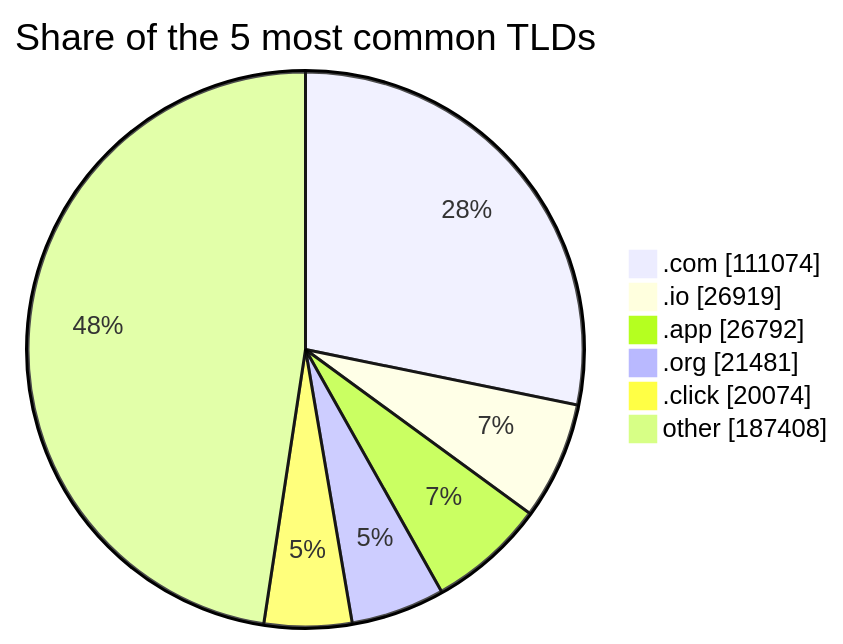
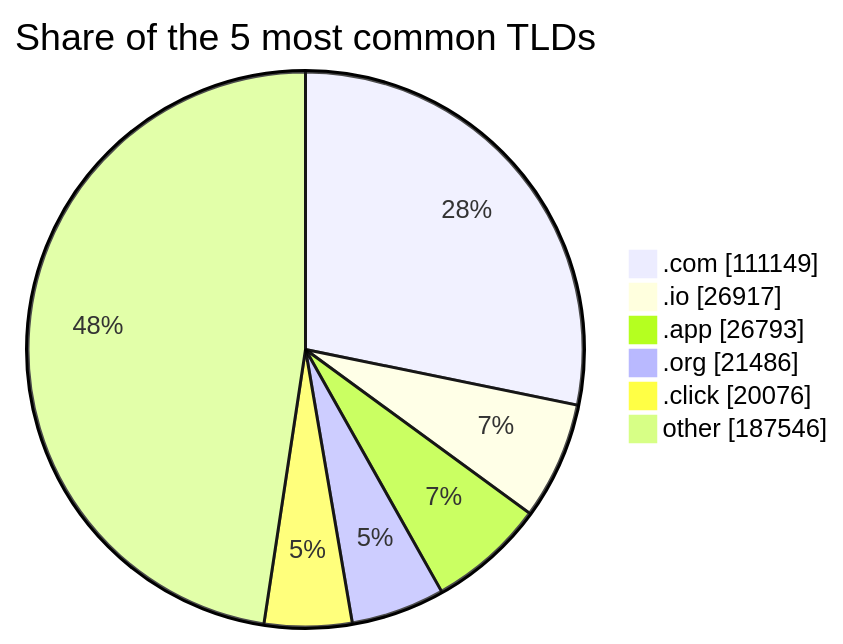
The third of 3 diagrams in README.md (DNSBunker/CTI), drawn with Mermaid before and after one commit. The commit also changed other lines of this file and 3 other files, not shown here.

````diff
--- a/README.md
+++ b/README.md
@@ -81,9 +81,9 @@
 ```mermaid
 pie showData title Share of the 5 most common TLDs
-    ".com" : 111074
-    ".io" : 26919
-    ".app" : 26792
-    ".org" : 21481
-    ".click" : 20074
-    "other" : 187408
+    ".com" : 111149
+    ".io" : 26917
+    ".app" : 26793
+    ".org" : 21486
+    ".click" : 20076
+    "other" : 187546
 ```
````
